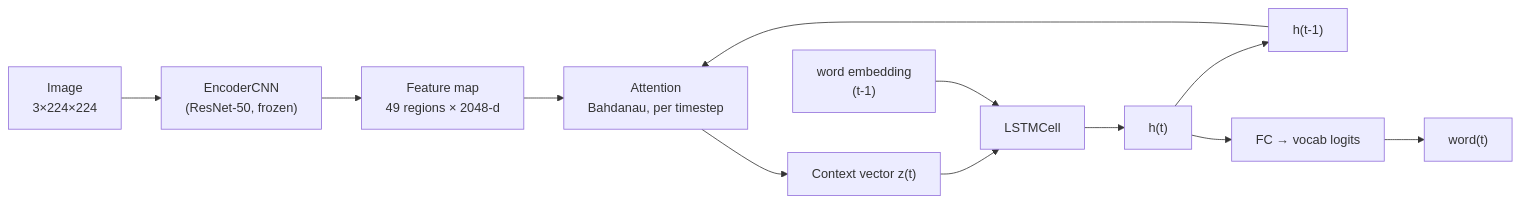
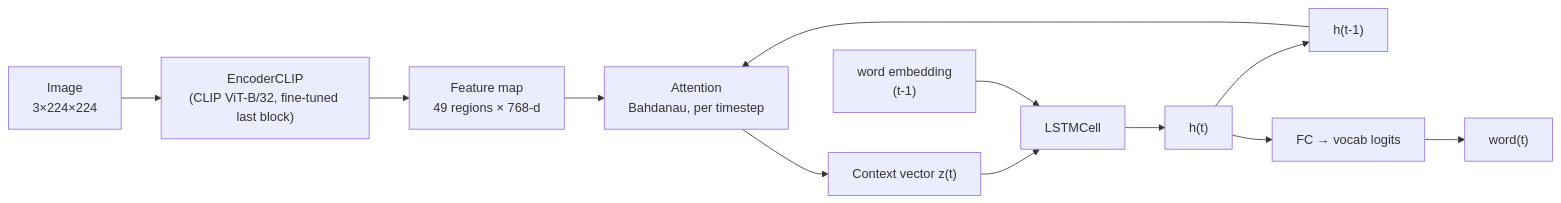
The diagram in README.md (SovanDaraP02/image-caption-generator), drawn with Mermaid before and after one commit. The commit also changed other lines of this file and 3 other files, not shown here.

````diff
--- a/README.md
+++ b/README.md
@@ -86,14 +103,14 @@
 ```mermaid
 flowchart LR
-    IMG["Image\n3×224×224"] --> ENC["EncoderCNN\n(ResNet-50, frozen)"]
-    ENC --> FEAT["Feature map\n49 regions × 2048-d"]
+    IMG["Image\n3×224×224"] --> ENC["EncoderCLIP\n(CLIP ViT-B/32, fine-tuned last block)"]
+    ENC --> FEAT["Feature map\n49 regions × 768-d"]
     FEAT --> ATT["Attention\nBahdanau, per timestep"]
     HPREV["h(t-1)"] --> ATT
     ATT --> CTX["Context vector z(t)"]
     CTX --> LSTM["LSTMCell"]
     WORD["word embedding\n(t-1)"] --> LSTM
     LSTM --> HNEXT["h(t)"]
     HNEXT --> HPREV
     HNEXT --> FC["FC → vocab logits"]
     FC --> OUT["word(t)"]
 ```
````
